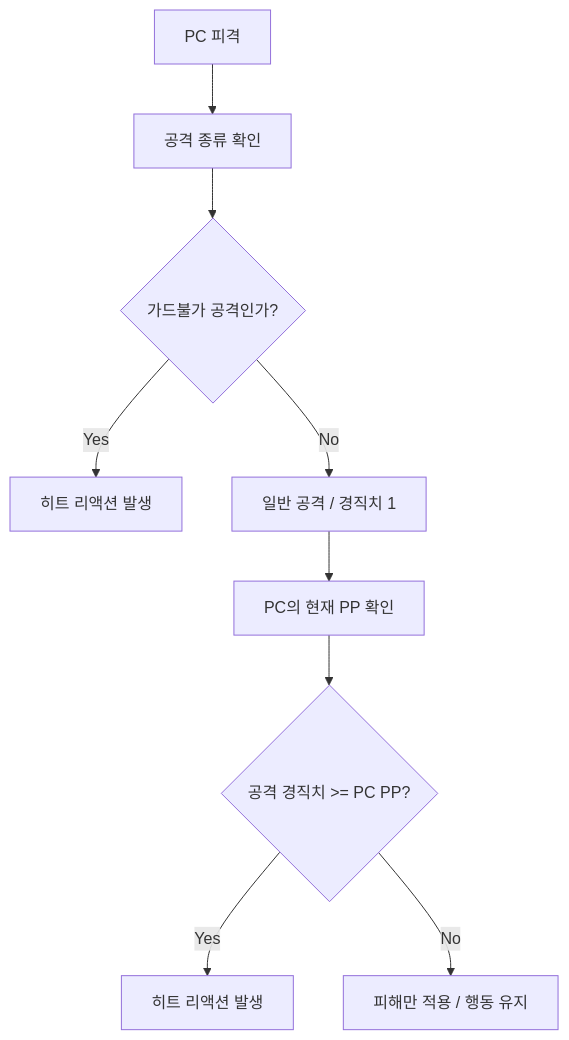
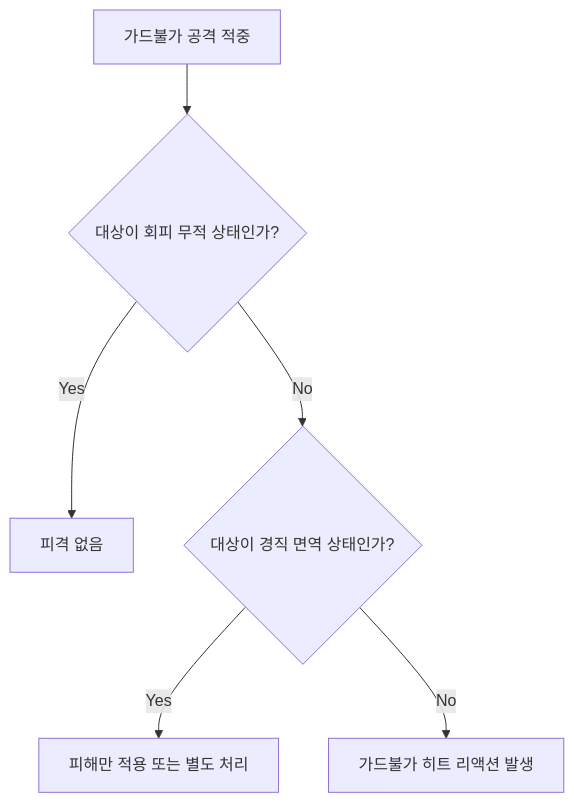
One commit to Woogl/ProjectWx changed the fifth of 5 diagrams in Docs/CombatDesign/CombatCommon/캐릭터 경직.md. Above: the diagram before and after it, drawn with Mermaid. The commit also changed other lines of this file and 1 other file, not shown here.

````diff
--- a/Docs/CombatDesign/CombatCommon/캐릭터 경직.md
+++ b/Docs/CombatDesign/CombatCommon/캐릭터 경직.md
@@ -366,11 +485,8 @@
 ```mermaid
 flowchart TD
-    A[PC 피격] --> B[공격 종류 확인]
-    B --> C{가드불가 공격인가?}
-    C -- Yes --> D[히트 리액션 발생]
-    C -- No --> E[일반 공격 / 경직치 1]
-    E --> F[PC의 현재 PP 확인]
-    F --> G{공격 경직치 >= PC PP?}
-    G -- Yes --> H[히트 리액션 발생]
-    G -- No --> I[피해만 적용 / 행동 유지]
+    A[가드불가 공격 적중] --> B{대상이 회피 무적 상태인가?}
+    B -- Yes --> C[피격 없음]
+    B -- No --> D{대상이 경직 면역 상태인가?}
+    D -- Yes --> E[피해만 적용 또는 별도 처리]
+    D -- No --> F[가드불가 히트 리액션 발생]
 ```
````
